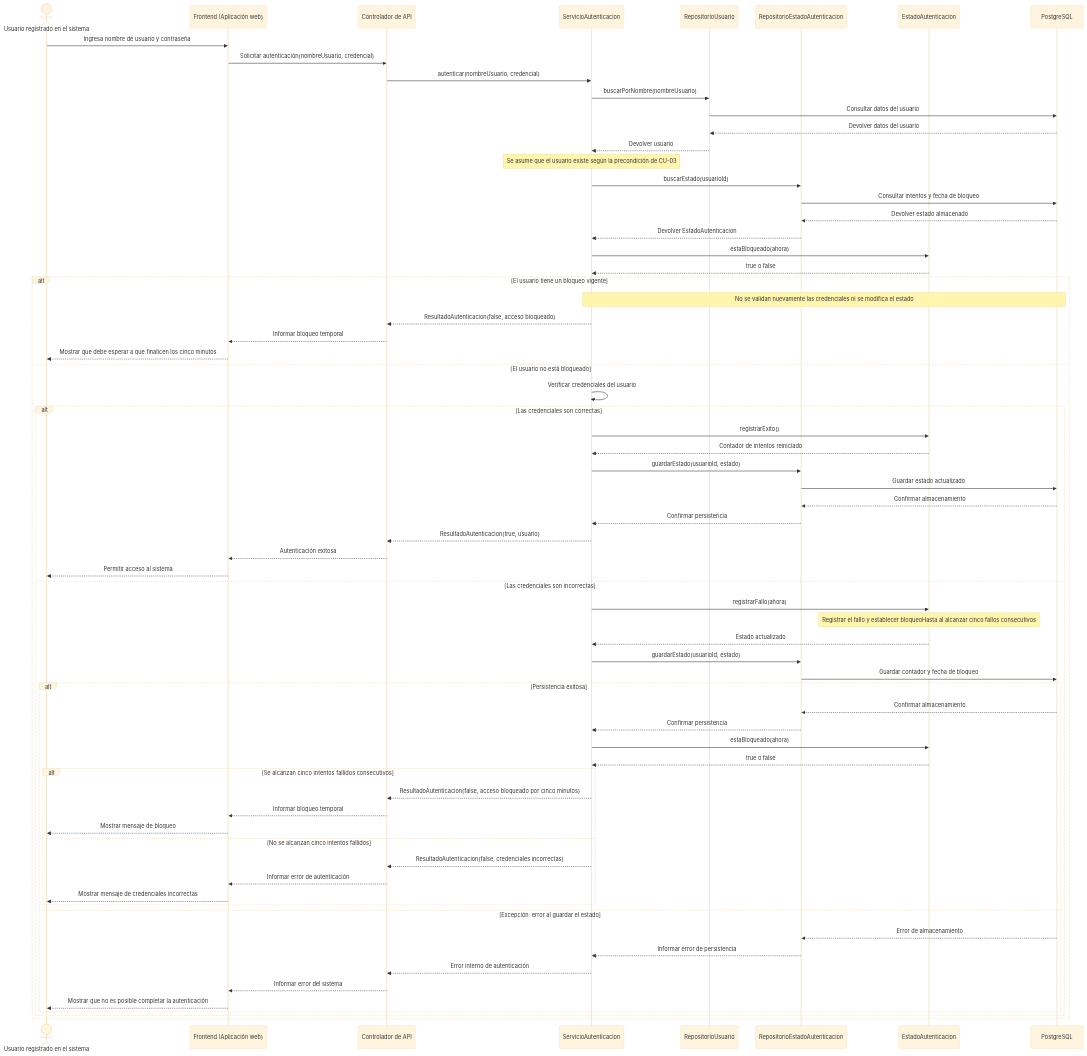
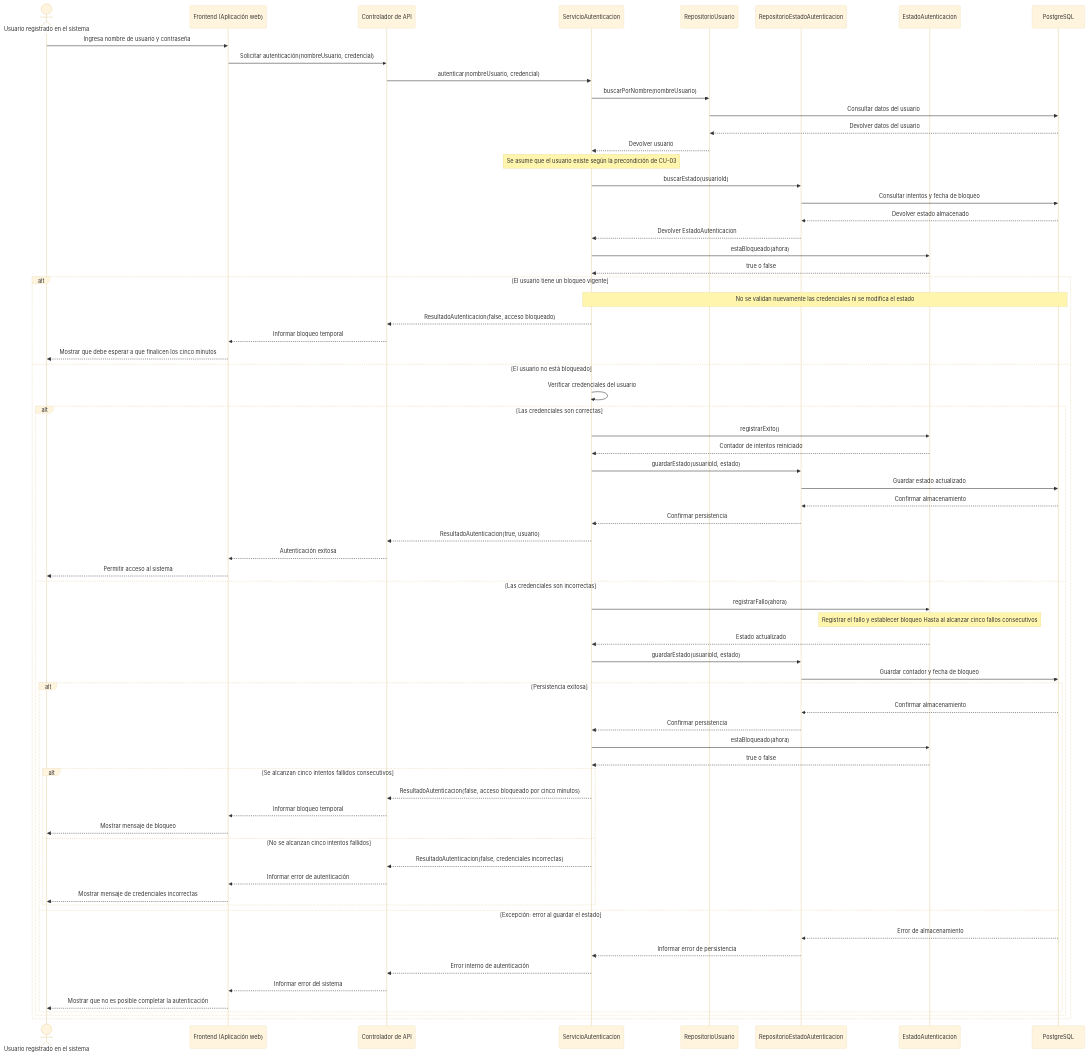
The first of 3 diagrams in docs/design/02_Diseño_de_Interacción_y_Datos.md (anmorenol63/Ingesoft_t6), drawn with Mermaid (base theme) before and after one commit.

```diff
--- a/docs/design/02_Diseño_de_Interacción_y_Datos.md
+++ b/docs/design/02_Diseño_de_Interacción_y_Datos.md
@@ -88,7 +88,7 @@
 
         else Las credenciales son incorrectas
             SA->>EA: registrarFallo(ahora)
-            Note over EA: Registrar el fallo y establecer bloqueoHasta al alcanzar cinco fallos consecutivos
+            Note over EA: Registrar el fallo y establecer bloqueo Hasta al alcanzar cinco fallos consecutivos
             EA-->>SA: Estado actualizado
 
             SA->>REA: guardarEstado(usuarioId, estado)
```
